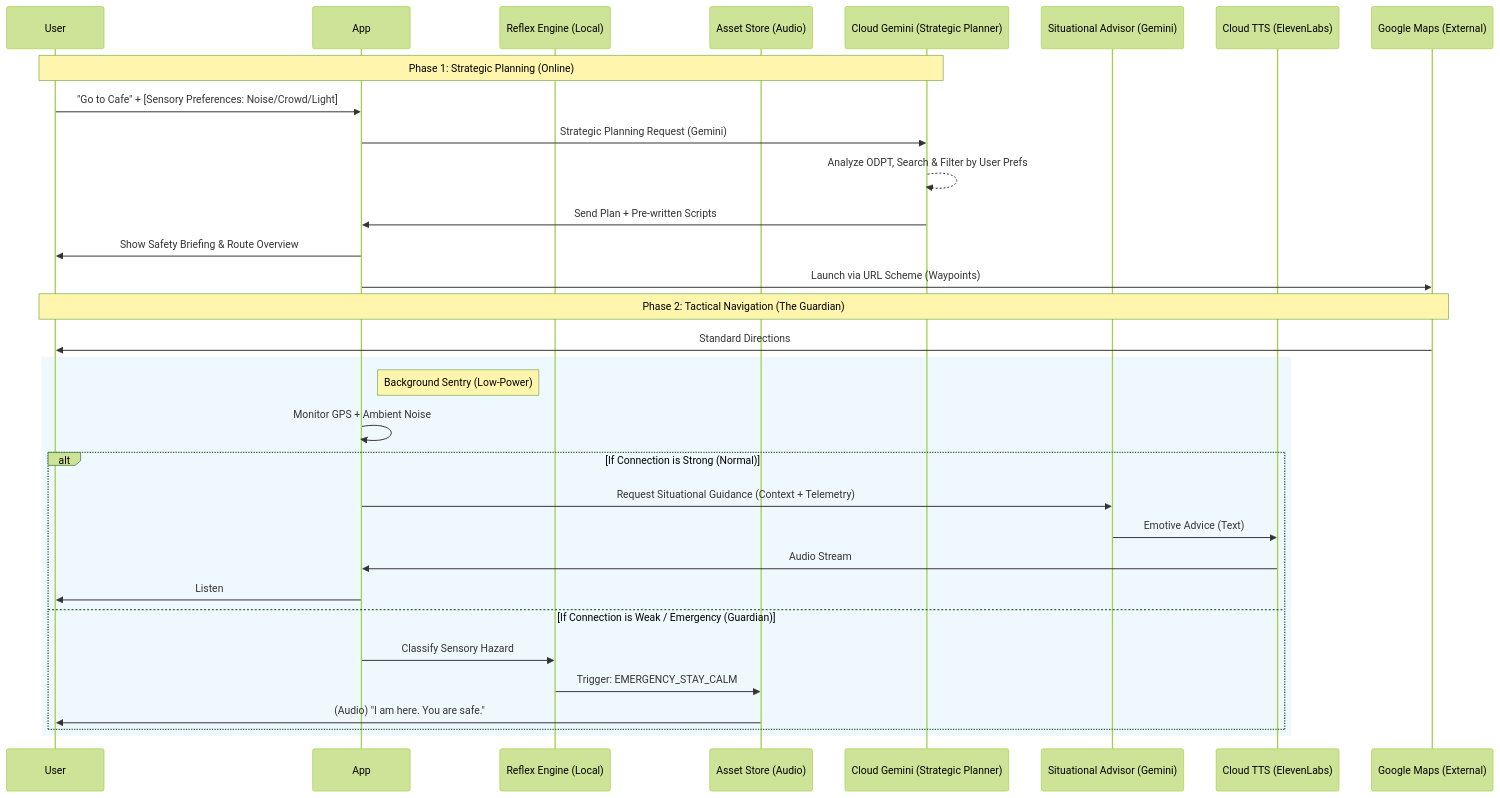
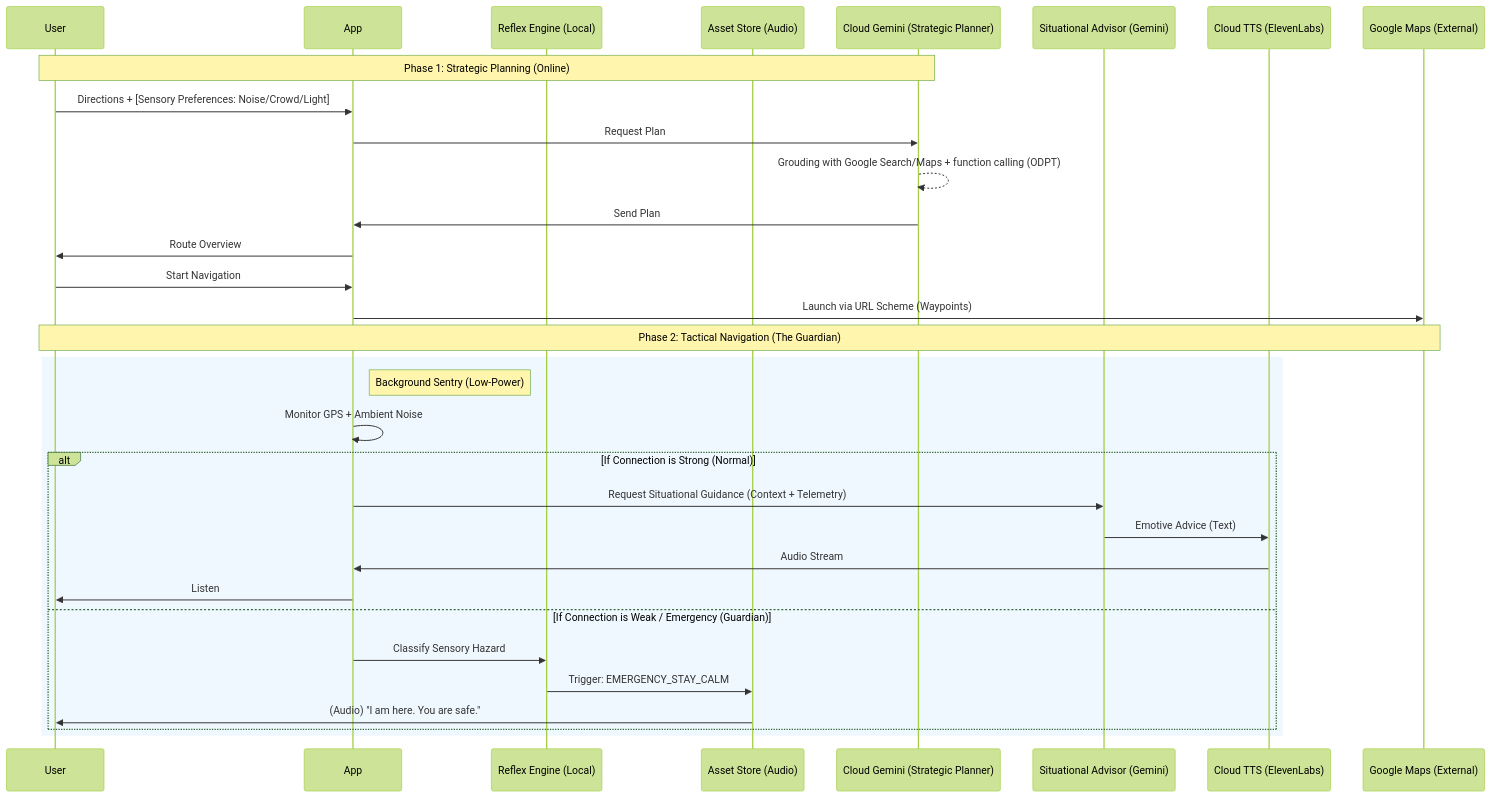
One commit to keiseiisobe/pocket-secure-base changed the second of 2 diagrams in docs/ARCHITECTURE.md. Above: the diagram before and after it, drawn with Mermaid (forest theme).

Commit message:
modified flow diagram

````diff
--- a/docs/ARCHITECTURE.md
+++ b/docs/ARCHITECTURE.md
@@ -52,38 +52,38 @@
 ```mermaid
 sequenceDiagram
     participant User
     participant App
     participant LocalAI as Reflex Engine (Local)
     participant Assets as Asset Store (Audio)
     participant CloudAI as Cloud Gemini (Strategic Planner)
     participant Advisor as Situational Advisor (Gemini)
     participant CloudTTS as Cloud TTS (ElevenLabs)
     participant NativeMaps as Google Maps (External)
 
     Note over User, CloudAI: Phase 1: Strategic Planning (Online)
-    User->>App: "Go to Cafe" + [Sensory Preferences: Noise/Crowd/Light]
-    App->>CloudAI: Strategic Planning Request (Gemini)
-    CloudAI-->>CloudAI: Analyze ODPT, Search & Filter by User Prefs
-    CloudAI->>App: Send Plan + Pre-written Scripts
-    App->>User: Show Safety Briefing & Route Overview
+    User->>App: Directions + [Sensory Preferences: Noise/Crowd/Light]
+    App->>CloudAI: Request Plan
+    CloudAI-->>CloudAI: Grouding with Google Search/Maps + function calling (ODPT)
+    CloudAI->>App: Send Plan
+    App->>User: Route Overview
+	User->>App: Start Navigation
     App->>NativeMaps: Launch via URL Scheme (Waypoints)
 
     Note over User, NativeMaps: Phase 2: Tactical Navigation (The Guardian)
-    NativeMaps->>User: Standard Directions
     
     rect rgb(240, 248, 255)
         Note right of App: Background Sentry (Low-Power)
         App->>App: Monitor GPS + Ambient Noise
         
         alt If Connection is Strong (Normal)
             App->>Advisor: Request Situational Guidance (Context + Telemetry)
             Advisor->>CloudTTS: Emotive Advice (Text)
             CloudTTS->>App: Audio Stream
             App->>User: Listen
         else If Connection is Weak / Emergency (Guardian)
             App->>LocalAI: Classify Sensory Hazard
             LocalAI->>Assets: Trigger: EMERGENCY_STAY_CALM
             Assets->>User: (Audio) "I am here. You are safe."
         end
     end
 ```
````
